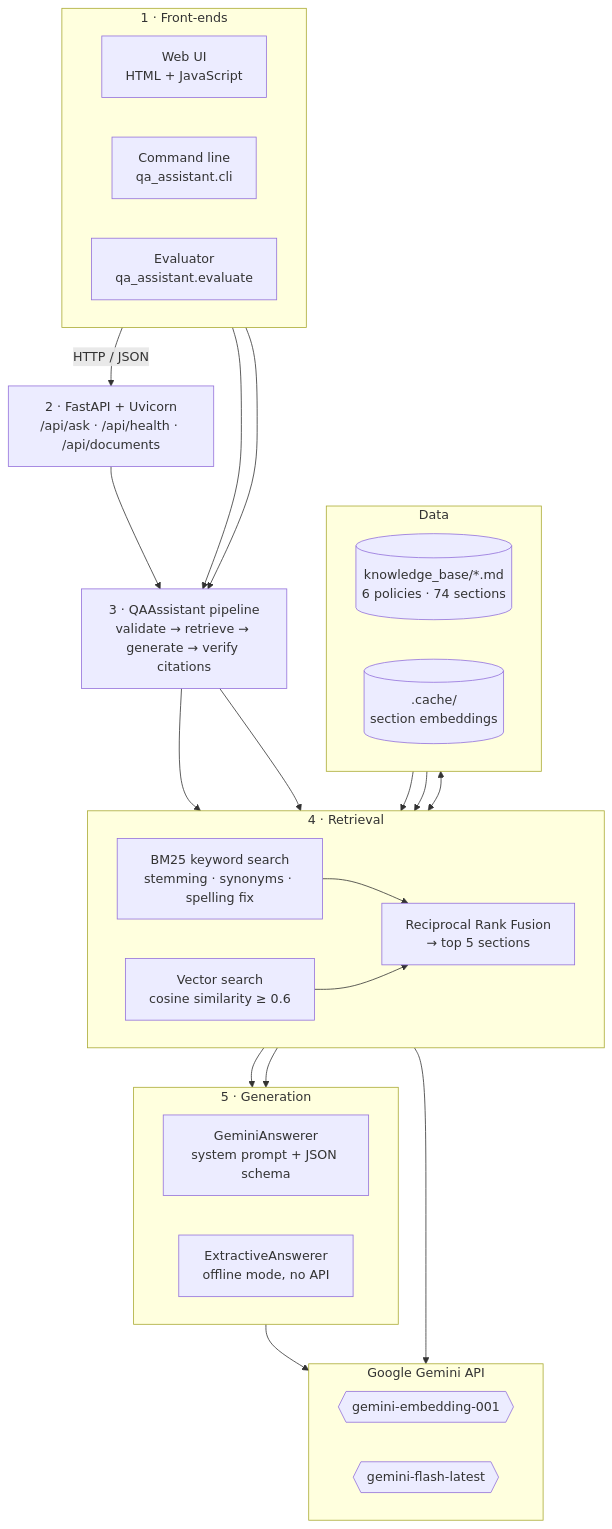
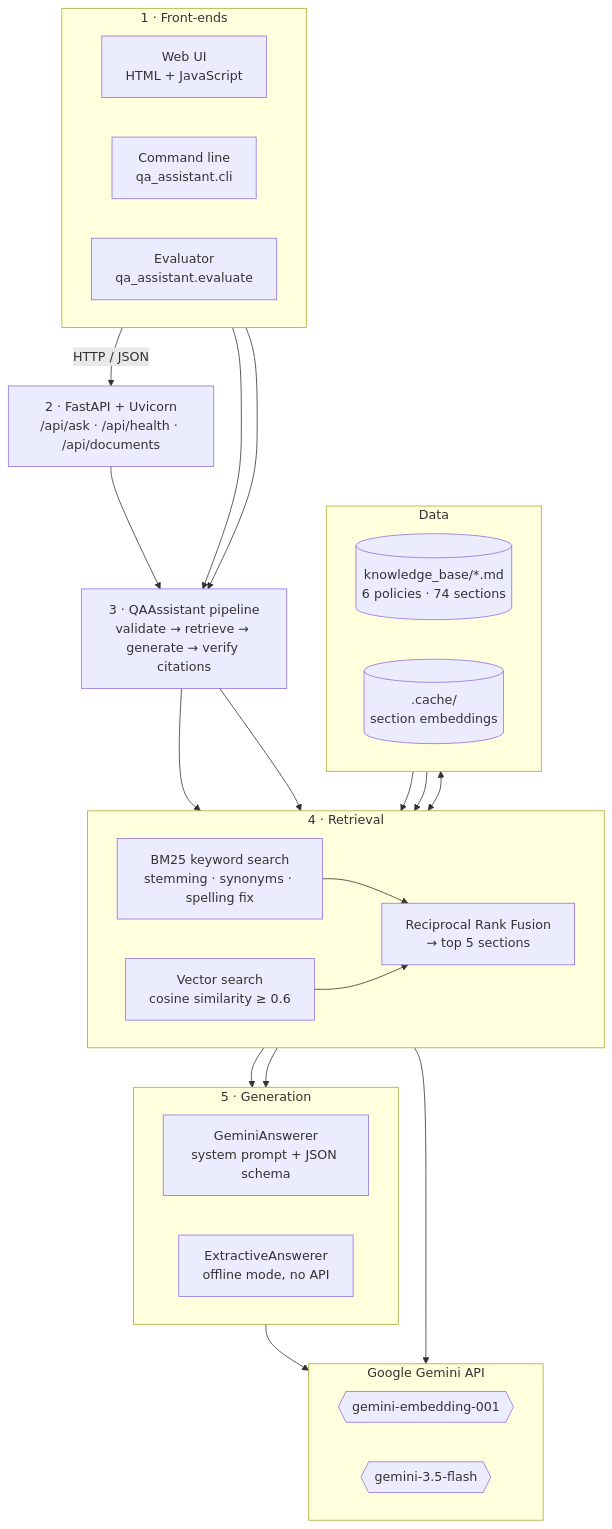
One commit to ranakaushik/context-aware-qa changed the first of 3 diagrams in docs/submission.md. Above: the diagram before and after it, drawn with Mermaid. The commit also changed other lines of this file and 11 other files, not shown here.

First line of the commit message:
Pin Gemini model to gemini-3.5-flash and add a request timeout

````diff
--- a/docs/submission.md
+++ b/docs/submission.md
@@ -61,44 +61,44 @@
 ```mermaid
 flowchart TB
     subgraph L1["1 · Front-ends"]
         direction LR
         UI["Web UI<br/>HTML + JavaScript"]
         CLI["Command line<br/>qa_assistant.cli"]
         EVAL["Evaluator<br/>qa_assistant.evaluate"]
     end
     API["2 · FastAPI + Uvicorn<br/>/api/ask · /api/health · /api/documents"]
     PIPE["3 · QAAssistant pipeline<br/>validate → retrieve → generate → verify citations"]
     subgraph L4["4 · Retrieval"]
         direction LR
         BM25["BM25 keyword search<br/>stemming · synonyms · spelling fix"]
         VEC["Vector search<br/>cosine similarity ≥ 0.6"]
         FUSE["Reciprocal Rank Fusion<br/>→ top 5 sections"]
     end
     subgraph L5["5 · Generation"]
         direction LR
         GEN["GeminiAnswerer<br/>system prompt + JSON schema"]
         OFF["ExtractiveAnswerer<br/>offline mode, no API"]
     end
     subgraph DATA["Data"]
         direction LR
         FILES[("knowledge_base/*.md<br/>6 policies · 74 sections")]
         CACHE[(".cache/<br/>section embeddings")]
     end
     subgraph EXT["Google Gemini API"]
         direction LR
         EMB{{"gemini-embedding-001"}}
-        LLM{{"gemini-flash-latest"}}
+        LLM{{"gemini-3.5-flash"}}
     end
 
     UI -- "HTTP / JSON" --> API --> PIPE
     CLI --> PIPE
     EVAL --> PIPE
     PIPE --> BM25 & VEC
     BM25 --> FUSE
     VEC --> FUSE
     FUSE --> GEN & OFF
     FILES --> BM25 & VEC
     VEC <--> CACHE
     VEC --> EMB
     GEN --> LLM
 ```
````
